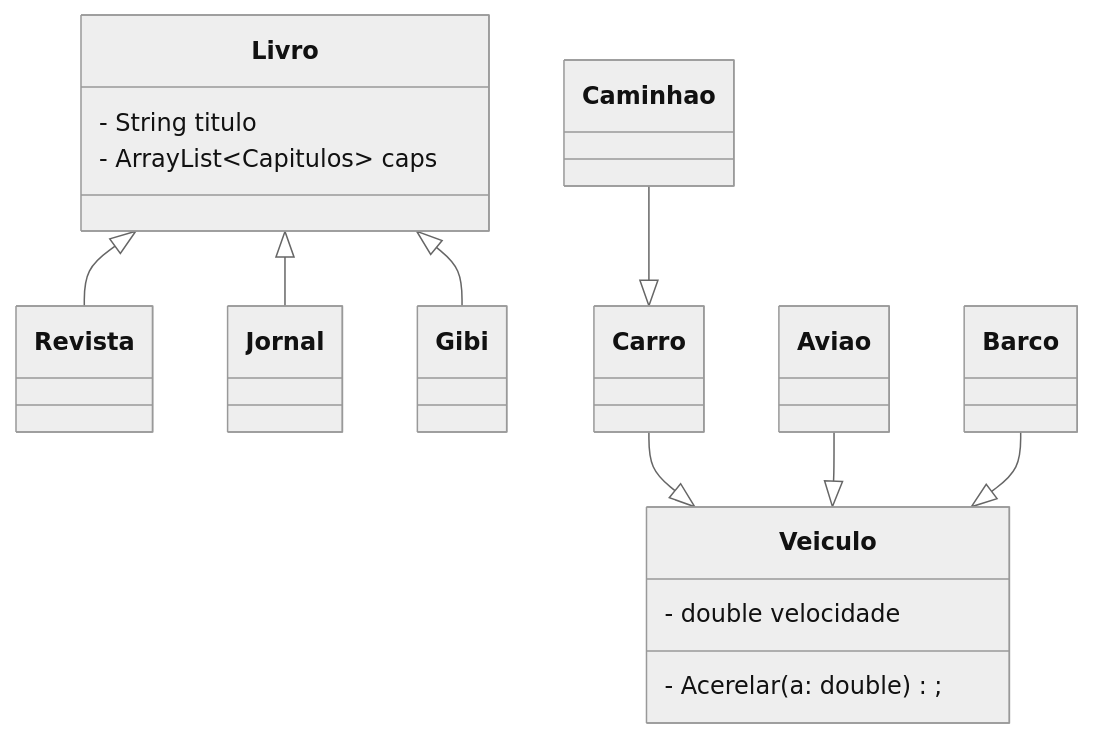
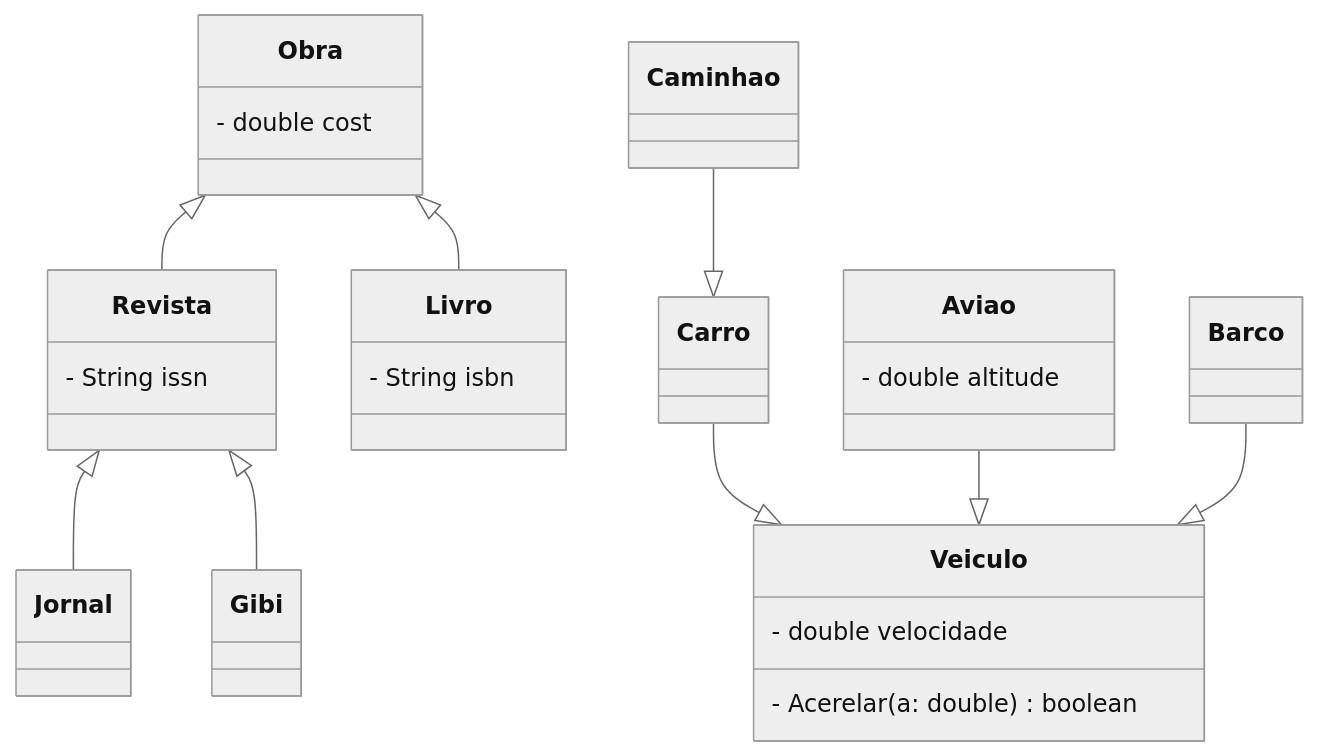
One commit to Aluno55/POO changed the first of 3 diagrams in aula-22/app/src/main/java/engtelecom/poo/README.md. Above: the diagram before and after it, drawn with Mermaid (neutral theme). The commit also changed other lines of this file, not shown here.

Commit message:
abstração

````diff
--- a/aula-22/app/src/main/java/engtelecom/poo/README.md
+++ b/aula-22/app/src/main/java/engtelecom/poo/README.md
@@ -1,18 +1,28 @@
 ```mermaid
 classDiagram
-    Livro <|-- Revista
-    Livro <|-- Jornal
-    Livro <|-- Gibi
+    Obra <|--Revista
+    Obra <|-- Livro
+    Revista <|-- Jornal
+    Revista <|-- Gibi
+        class Livro {
+        - String isbn
+    }
+    class Obra {
+        - double cost
+    }
+    class Revista{
+        - String issn
+    }
     Carro --|> Veiculo
     Aviao --|> Veiculo
     Barco --|> Veiculo
     Caminhao --|> Carro
     class Veiculo{
         - double velocidade
-        - Acerelar(a: double);
+        - Acerelar(a: double) boolean
     }
-    class Livro {
-        - String titulo
-        - ArrayList~Capitulos~ caps
+    class Aviao{
+        - double altitude
     }
+
 ```
````
